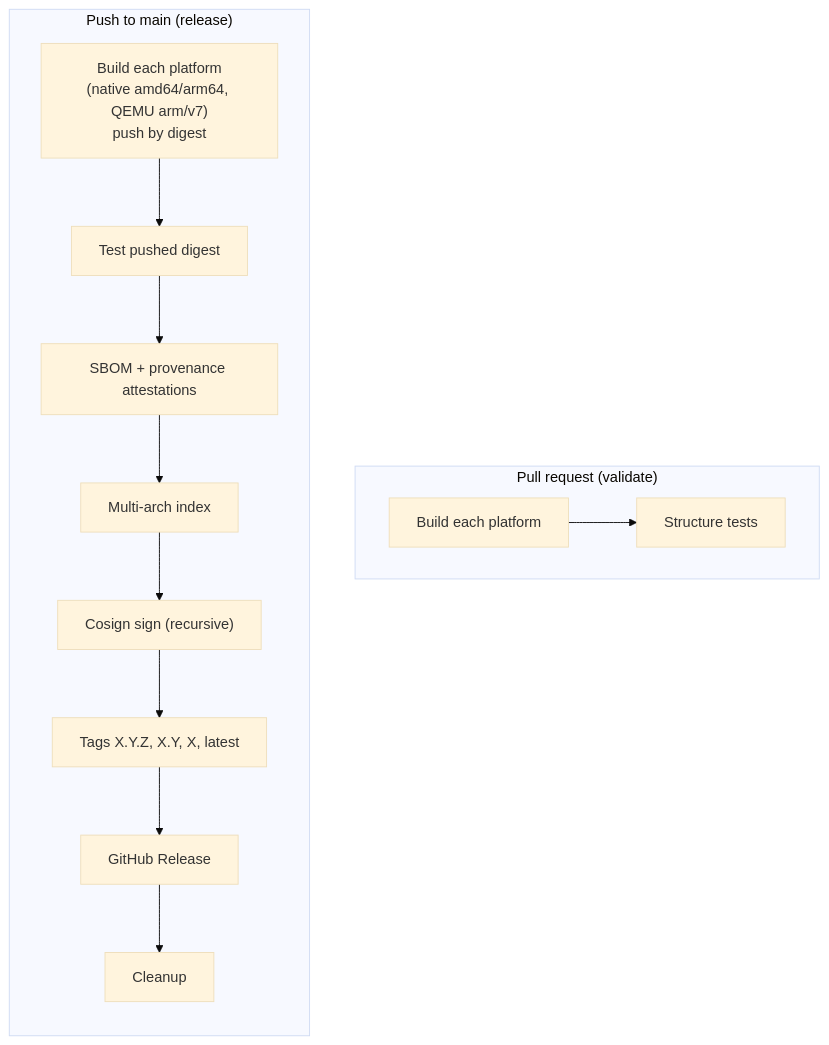
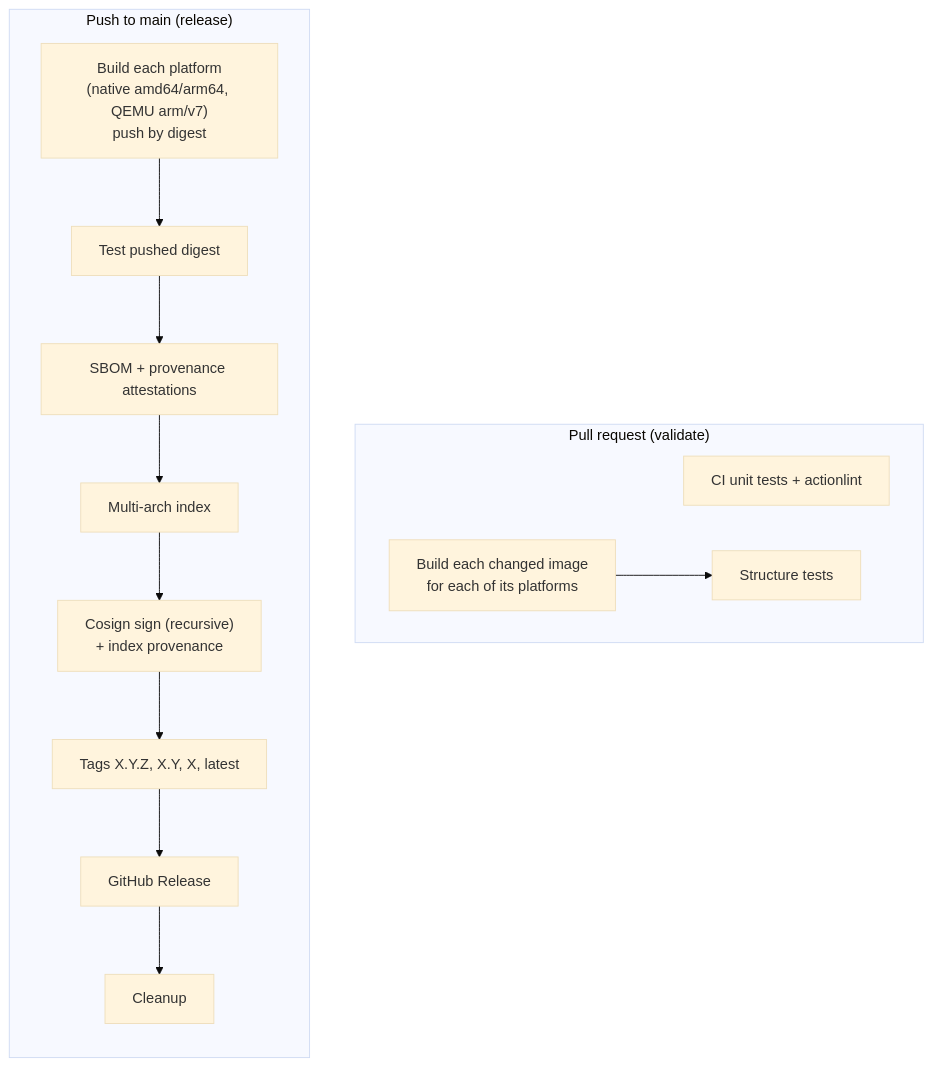
One commit to bill-of-materials/factory changed the diagram in README.md. Above: the diagram before and after it, drawn with Mermaid (base theme). The commit also changed other lines of this file, not shown here.

First line of the commit message:
docs: correct the README build, platform and architecture sections

````diff
--- a/README.md
+++ b/README.md
@@ -88,19 +88,20 @@
 ```mermaid
 flowchart TD
     subgraph PR["Pull request (validate)"]
         direction LR
-        PB["Build each platform"] --> PT["Structure tests"]
+        U["CI unit tests + actionlint"]
+        PB["Build each changed image<br/>for each of its platforms"] --> PT["Structure tests"]
     end
     subgraph Main["Push to main (release)"]
         direction TD
         B["Build each platform<br/>(native amd64/arm64, QEMU arm/v7)<br/>push by digest"]
         T["Test pushed digest"]
         A["SBOM + provenance attestations"]
         I["Multi-arch index"]
-        S["Cosign sign (recursive)"]
+        S["Cosign sign (recursive)<br/>+ index provenance"]
         G["Tags X.Y.Z, X.Y, X, latest"]
         R["GitHub Release"]
         C["Cleanup"]
         B --> T --> A --> I --> S --> G --> R --> C
     end
 ```
````
